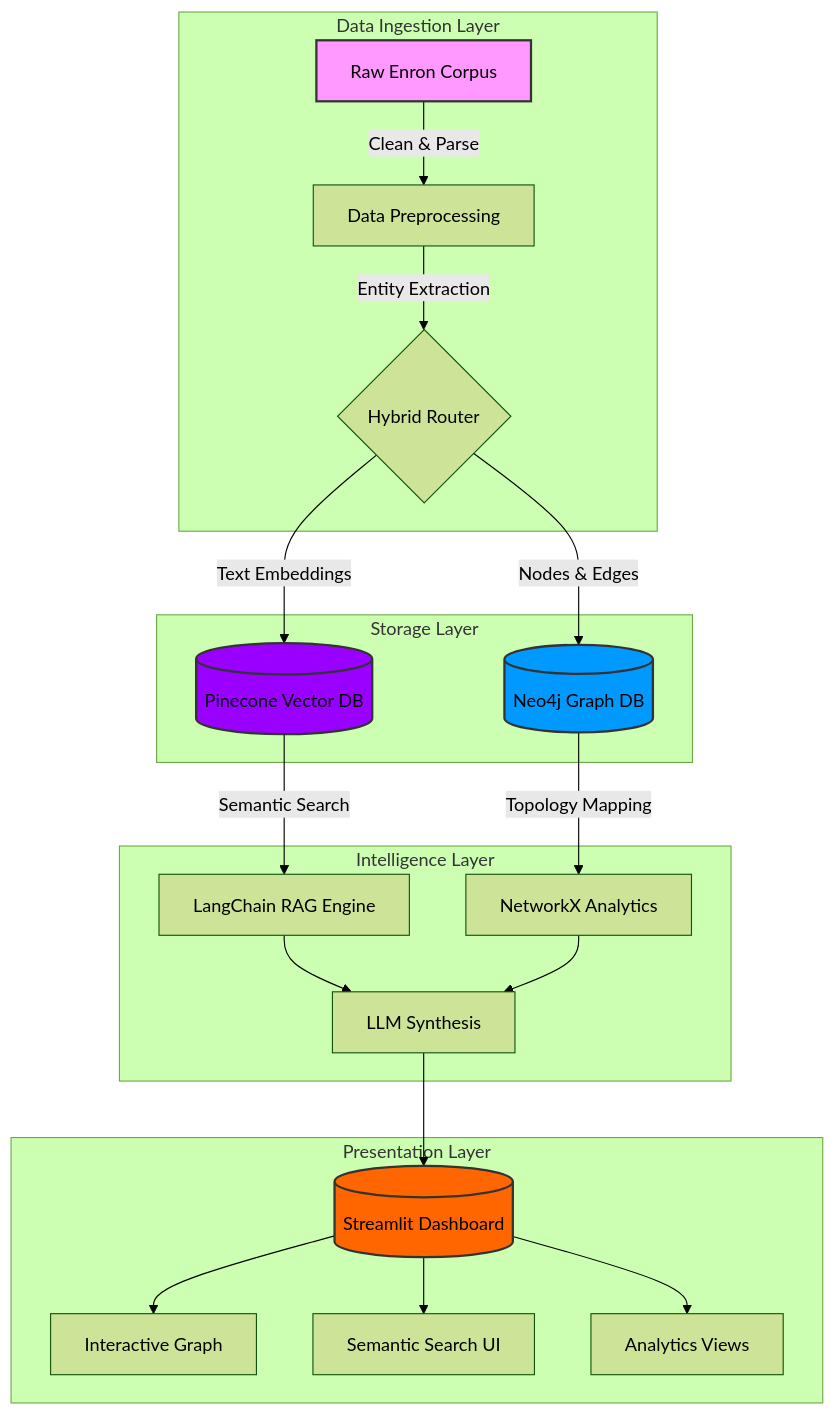
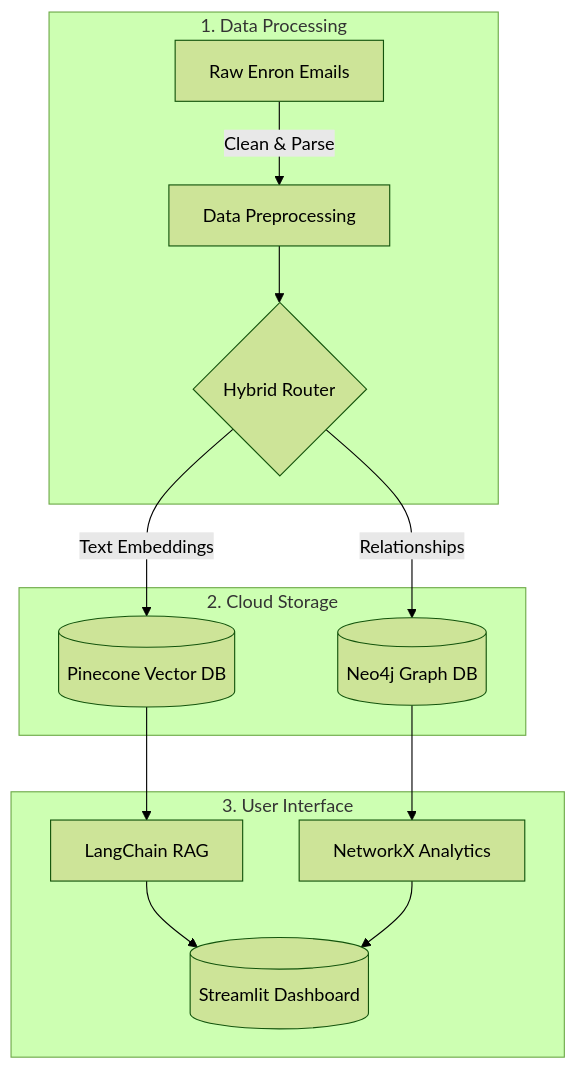
One commit to sabaridevk5/AI-Enterprise-Knowledge-Graph changed the diagram in README.md. Above: the diagram before and after it, drawn with Mermaid (forest theme). The commit also changed other lines of this file, not shown here.

````diff
--- a/README.md
+++ b/README.md
@@ -33,31 +29,19 @@
 ```mermaid
 graph TB
-    subgraph "Data Ingestion Layer"
-        A[Raw Enron Corpus] -->|Clean & Parse| B[Data Preprocessing]
-        B -->|Entity Extraction| C{Hybrid Router}
+    subgraph "1. Data Processing"
+        A[Raw Enron Emails] -->|Clean & Parse| B[Data Preprocessing]
+        B --> C{Hybrid Router}
     end
 
-    subgraph "Storage Layer"
+    subgraph "2. Cloud Storage"
         C -->|Text Embeddings| D[(Pinecone Vector DB)]
-        C -->|Nodes & Edges| E[(Neo4j Graph DB)]
+        C -->|Relationships| E[(Neo4j Graph DB)]
     end
 
-    subgraph "Intelligence Layer"
-        D -->|Semantic Search| F[LangChain RAG Engine]
-        E -->|Topology Mapping| G[NetworkX Analytics]
-        F --> H[LLM Synthesis]
-        G --> H
+    subgraph "3. User Interface"
+        D --> F[LangChain RAG]
+        E --> G[NetworkX Analytics]
+        F & G --> H[(Streamlit Dashboard)]
     end
 
-    subgraph "Presentation Layer"
-        H --> I[(Streamlit Dashboard)]
-        I --> J[Interactive Graph]
-        I --> K[Semantic Search UI]
-        I --> L[Analytics Views]
-    end
-
-    style A fill:#f9f,stroke:#333,stroke-width:2px
-    style D fill:#90f,stroke:#333,stroke-width:2px
-    style E fill:#09f,stroke:#333,stroke-width:2px
-    style I fill:#f60,stroke:#333,stroke-width:2px
 ```
````
